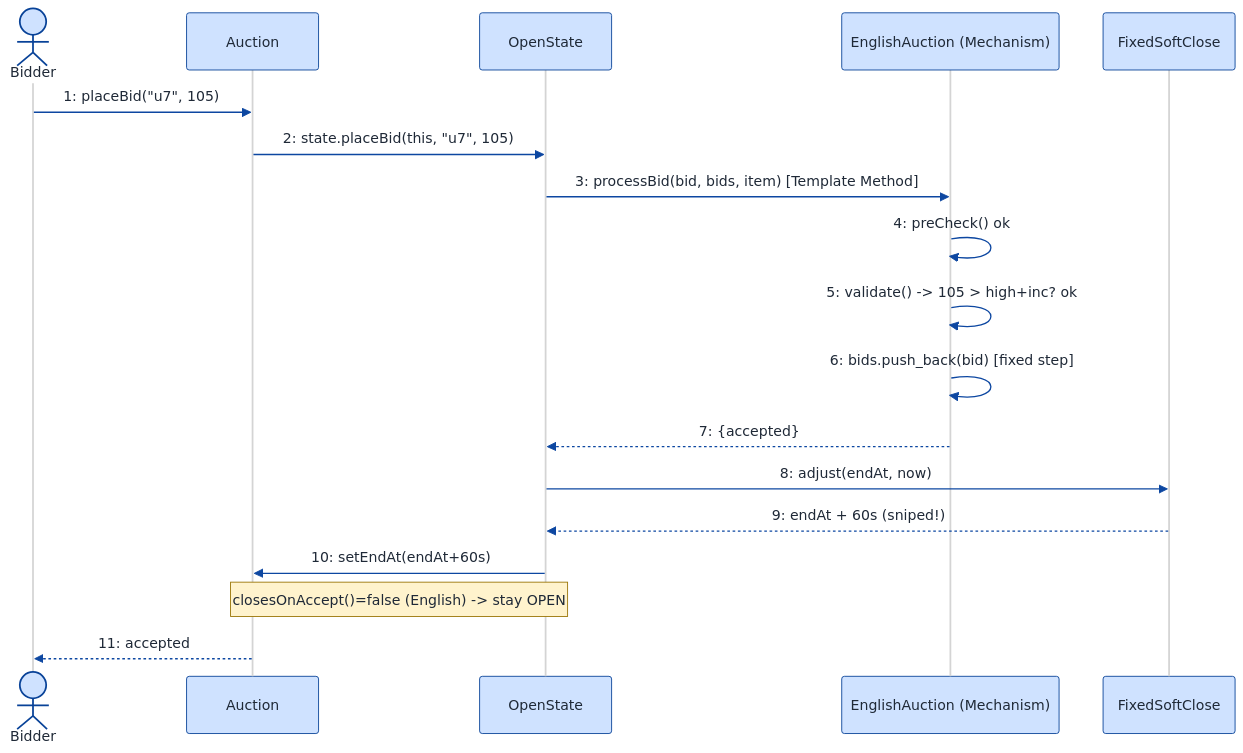
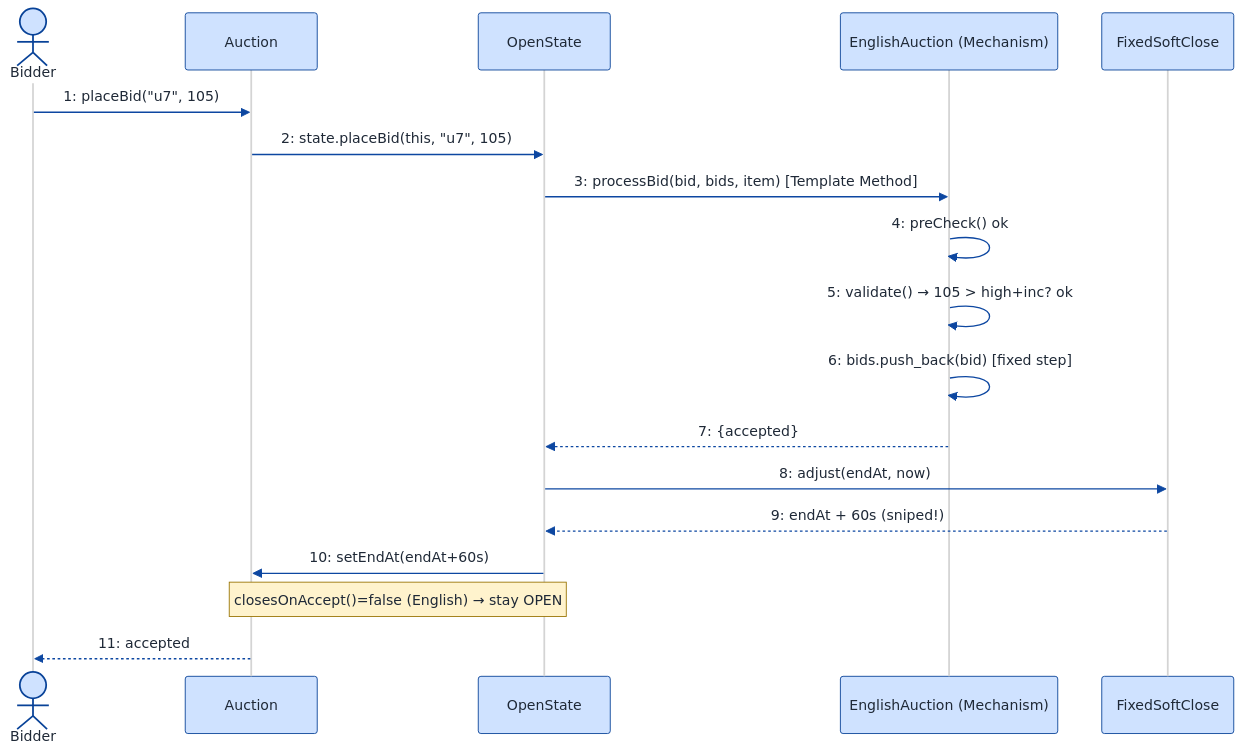
Before and after one commit to Prateek-5/question-bank: the seventh of 7 diagrams in LLD/Topics/Strategy_Pattern/Auction_System.md, drawn with Mermaid. The commit also changed 11 other files, not shown here.

First line of the commit message:
Fix sequenceDiagram parse error: arrow tokens in message text and Note bodies

````diff
--- a/LLD/Topics/Strategy_Pattern/Auction_System.md
+++ b/LLD/Topics/Strategy_Pattern/Auction_System.md
@@ -1183,52 +1183,52 @@
 ```mermaid
 ---
 config:
   theme: neutral
   themeVariables:
     background: '#ffffff'
     primaryColor: '#cfe2ff'
     primaryTextColor: '#1f2937'
     primaryBorderColor: '#084298'
     secondaryColor: '#fff3cd'
     secondaryTextColor: '#1f2937'
     secondaryBorderColor: '#664d03'
     tertiaryColor: '#d1e7dd'
     tertiaryTextColor: '#1f2937'
     tertiaryBorderColor: '#0a3622'
     lineColor: '#0d47a1'
     textColor: '#1f2937'
     noteBkgColor: '#fff3cd'
     noteTextColor: '#1f2937'
     noteBorderColor: '#997404'
     actorBkg: '#cfe2ff'
     actorBorder: '#084298'
     actorTextColor: '#1f2937'
     signalColor: '#0d47a1'
     signalTextColor: '#1f2937'
     labelBoxBkgColor: '#ffffff'
     labelBoxBorderColor: '#d3d3d3'
     labelTextColor: '#1f2937'
     edgeLabelBackground: '#ffffff'
     labelBackground: '#ffffff'
     classText: '#1f2937'
     fontFamily: 'system-ui, -apple-system, Segoe UI, Helvetica, Arial, sans-serif'
 ---
 sequenceDiagram
   actor Bidder
   participant A as Auction
   participant S as OpenState
   participant M as EnglishAuction (Mechanism)
   participant Snipe as FixedSoftClose
   Bidder->>A: 1: placeBid("u7", 105)
   A->>S: 2: state.placeBid(this, "u7", 105)
   S->>M: 3: processBid(bid, bids, item)  [Template Method]
   M->>M: 4: preCheck() ok
-  M->>M: 5: validate() -> 105 > high+inc? ok
+  M->>M: 5: validate() → 105 > high+inc? ok
   M->>M: 6: bids.push_back(bid)  [fixed step]
   M-->>S: 7: {accepted}
   S->>Snipe: 8: adjust(endAt, now)
   Snipe-->>S: 9: endAt + 60s  (sniped!)
   S->>A: 10: setEndAt(endAt+60s)
-  Note over S,A: closesOnAccept()=false (English) -> stay OPEN
+  Note over S,A: closesOnAccept()=false (English) → stay OPEN
   A-->>Bidder: 11: accepted
 ```
````
